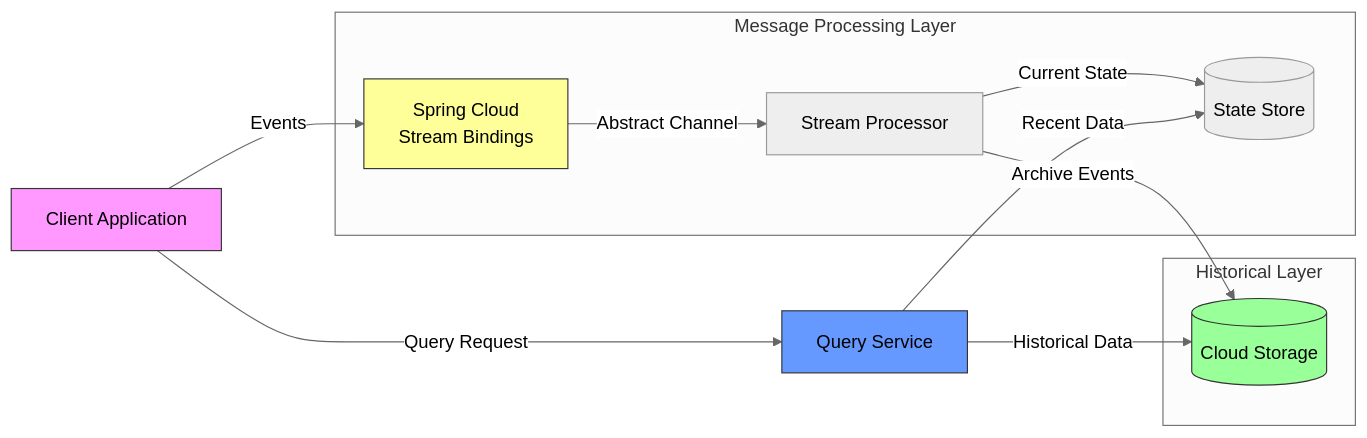
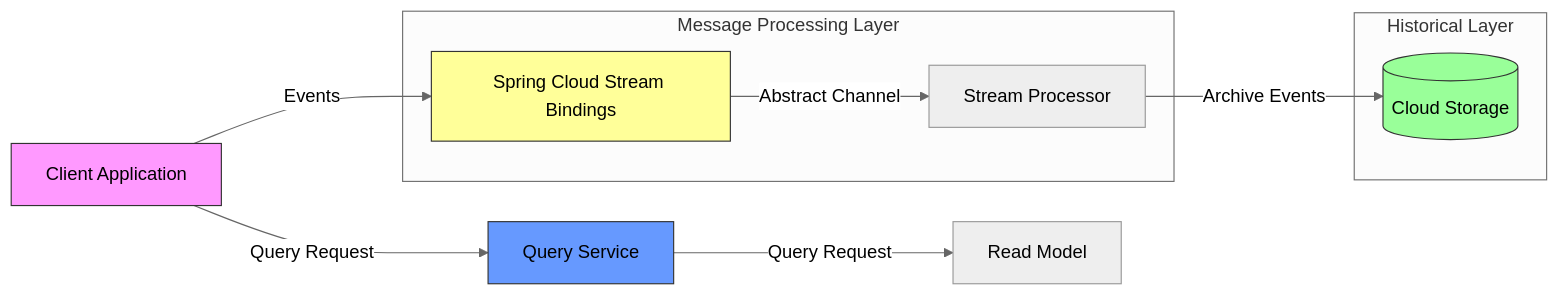
One commit to staruser143/Technology-Talks changed the diagram in diagram/spring cloud streams.md. Above: the diagram before and after it, drawn with Mermaid (neutral theme).

Commit message:
Update spring cloud streams.md

````diff
--- a/diagram/spring cloud streams.md
+++ b/diagram/spring cloud streams.md
@@ -1,32 +1,31 @@
 ```mermaid
 flowchart LR
     Client[Client Application]
-    Binding[Spring Cloud\nStream Bindings]
+    Binding[Spring Cloud Stream Bindings]
     Processor[Stream Processor]
-    SS[(State Store)]
     CS[(Cloud Storage)]
     QA[Query Service]
+    RDS[Read Model]
+
     
     Client -->|Events| Binding
     Binding -->|Abstract Channel| Processor
-    Processor -->|Current State| SS
     Processor -->|Archive Events| CS
     Client -->|Query Request| QA
-    QA -->|Recent Data| SS
-    QA -->|Historical Data| CS
+    QA -->|Query Request| RDS
+
     
     subgraph Message Processing Layer
         Binding
         Processor
-        SS
     end
     
     subgraph Historical Layer
         CS
     end
     
     style Client fill:#f9f,stroke:#333
     style Binding fill:#ff9,stroke:#333
     style CS fill:#9f9,stroke:#333
     style QA fill:#69f,stroke:#333
 ```
````
